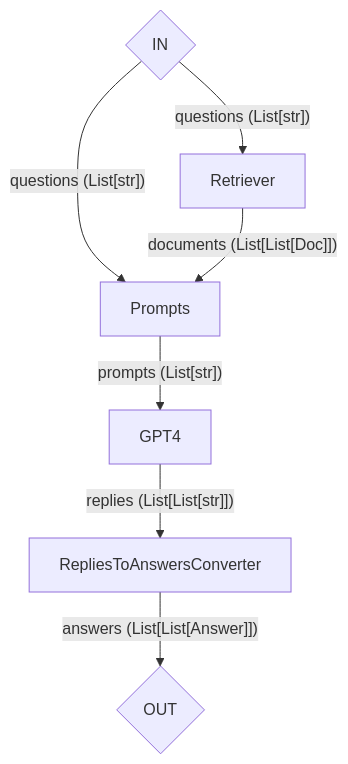
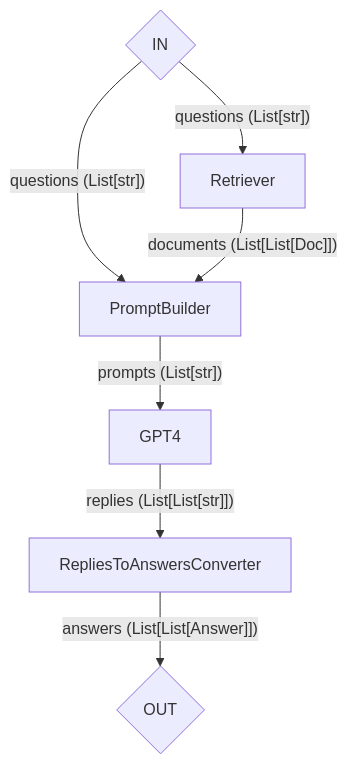
Before and after one commit to deepset-ai/haystack: the first of 2 diagrams in proposals/text/5540-llm-support-2.0.md, drawn with Mermaid. The commit also changed other lines of this file, not shown here.

````diff
--- a/proposals/text/5540-llm-support-2.0.md
+++ b/proposals/text/5540-llm-support-2.0.md
@@ -27,10 +27,10 @@
 ```mermaid
 graph TD;
 
 IN{IN} -- "questions (List[str])" --> Retriever
-IN{IN} -- "questions (List[str])" --> Prompts
-Retriever -- "documents (List[List[Doc]])"  --> Prompts
-Prompts -- "prompts (List[str])" --> GPT4
+IN{IN} -- "questions (List[str])" --> PromptBuilder
+Retriever -- "documents (List[List[Doc]])"  --> PromptBuilder
+PromptBuilder -- "prompts (List[str])" --> GPT4
 GPT4 -- "replies (List[List[str]])" --> RepliesToAnswersConverter
 RepliesToAnswersConverter -- "answers (List[List[Answer]])" --> OUT{OUT}
 ```
````
